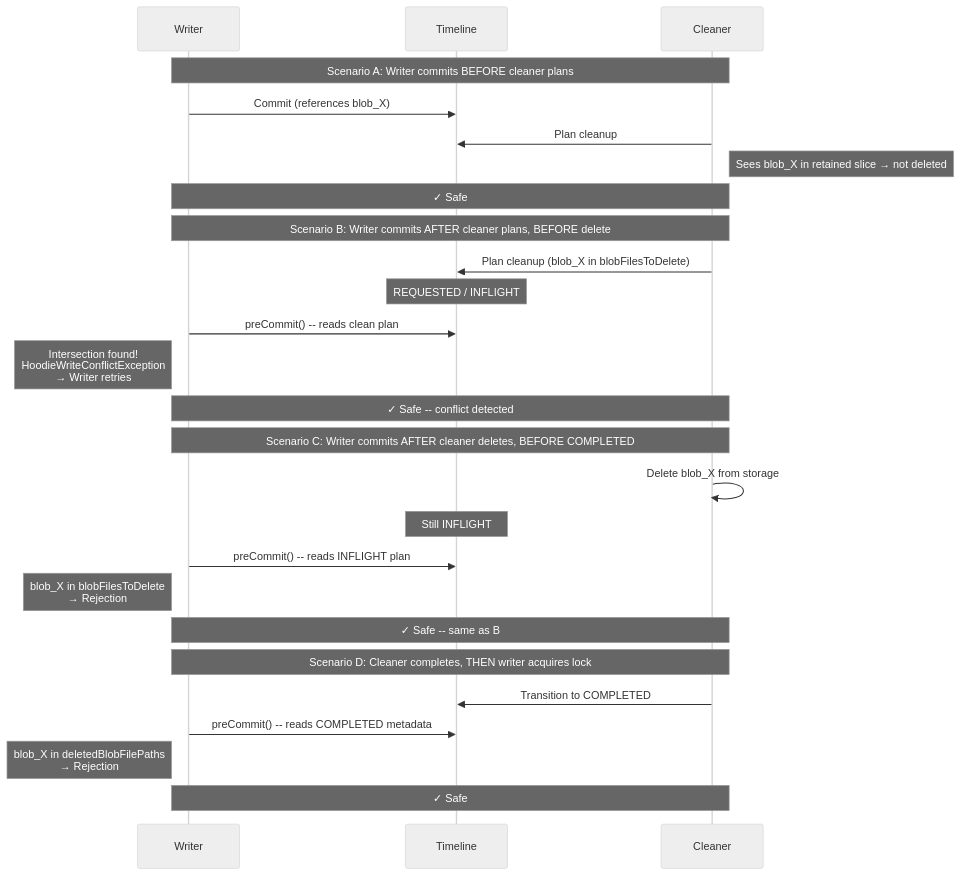
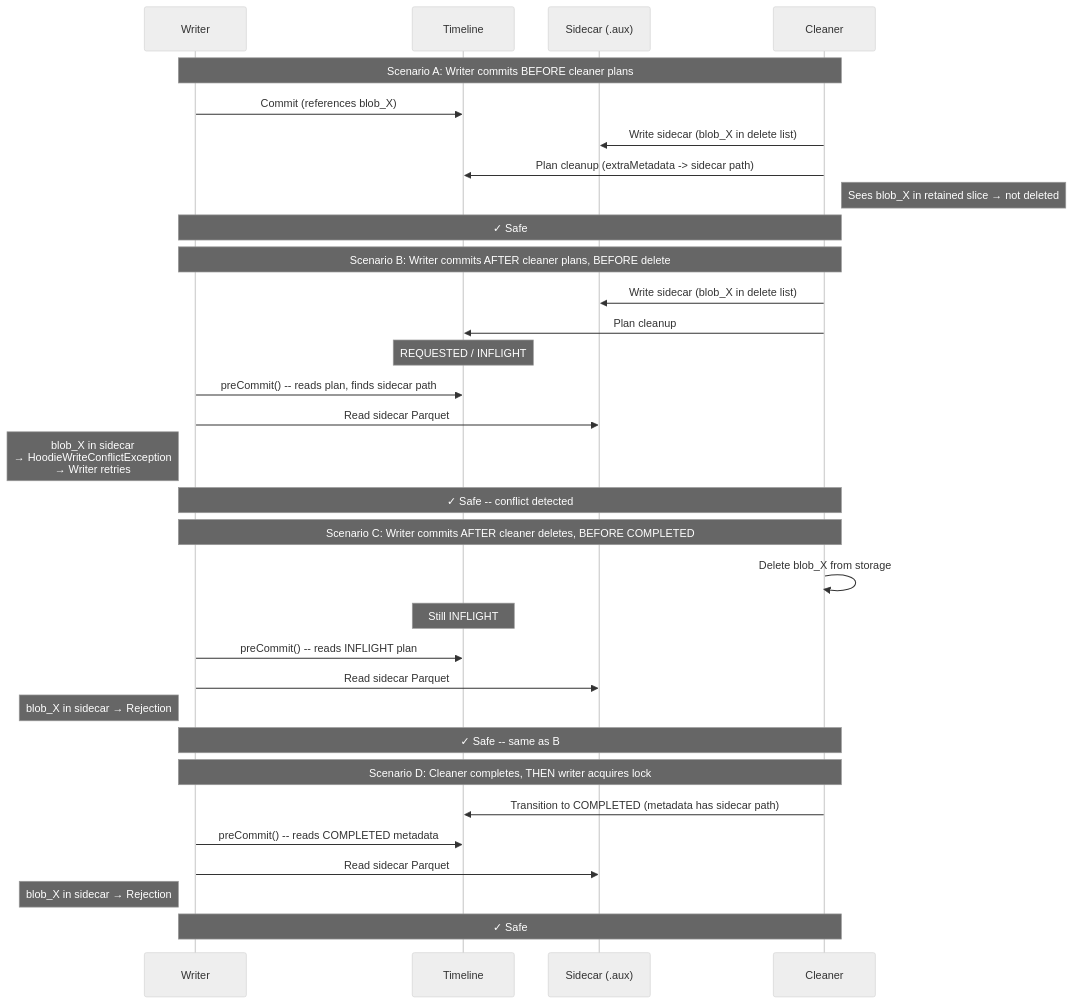
The fourth of 4 diagrams in rfc/rfc-100/rfc-100-blob-cleaner-design.md (apache/hudi), drawn with Mermaid (neutral theme) before and after one commit. The commit also changed other lines of this file, not shown here.

Commit message:
Update RFC to include sidecar parquet file to contain blob delete files

````diff
--- a/rfc/rfc-100/rfc-100-blob-cleaner-design.md
+++ b/rfc/rfc-100/rfc-100-blob-cleaner-design.md
@@ -494,36 +554,42 @@
 ```mermaid
 sequenceDiagram
     participant W as Writer
     participant TL as Timeline
+    participant AUX as Sidecar (.aux)
     participant CL as Cleaner
 
     Note over W,CL: Scenario A: Writer commits BEFORE cleaner plans
 
     W->>TL: Commit (references blob_X)
-    CL->>TL: Plan cleanup
+    CL->>AUX: Write sidecar (blob_X in delete list)
+    CL->>TL: Plan cleanup (extraMetadata -> sidecar path)
     Note right of CL: Sees blob_X in retained slice → not deleted
     Note over W,CL: ✓ Safe
 
     Note over W,CL: Scenario B: Writer commits AFTER cleaner plans, BEFORE delete
 
-    CL->>TL: Plan cleanup (blob_X in blobFilesToDelete)
+    CL->>AUX: Write sidecar (blob_X in delete list)
+    CL->>TL: Plan cleanup
     Note over TL: REQUESTED / INFLIGHT
-    W->>TL: preCommit() -- reads clean plan
-    Note left of W: Intersection found!<br/>HoodieWriteConflictException<br/>→ Writer retries
+    W->>TL: preCommit() -- reads plan, finds sidecar path
+    W->>AUX: Read sidecar Parquet
+    Note left of W: blob_X in sidecar<br/>→ HoodieWriteConflictException<br/>→ Writer retries
     Note over W,CL: ✓ Safe -- conflict detected
 
     Note over W,CL: Scenario C: Writer commits AFTER cleaner deletes, BEFORE COMPLETED
 
     CL->>CL: Delete blob_X from storage
     Note over TL: Still INFLIGHT
     W->>TL: preCommit() -- reads INFLIGHT plan
-    Note left of W: blob_X in blobFilesToDelete<br/>→ Rejection
+    W->>AUX: Read sidecar Parquet
+    Note left of W: blob_X in sidecar → Rejection
     Note over W,CL: ✓ Safe -- same as B
 
     Note over W,CL: Scenario D: Cleaner completes, THEN writer acquires lock
 
-    CL->>TL: Transition to COMPLETED
+    CL->>TL: Transition to COMPLETED (metadata has sidecar path)
     W->>TL: preCommit() -- reads COMPLETED metadata
-    Note left of W: blob_X in deletedBlobFilePaths<br/>→ Rejection
+    W->>AUX: Read sidecar Parquet
+    Note left of W: blob_X in sidecar → Rejection
     Note over W,CL: ✓ Safe
 ```
````
